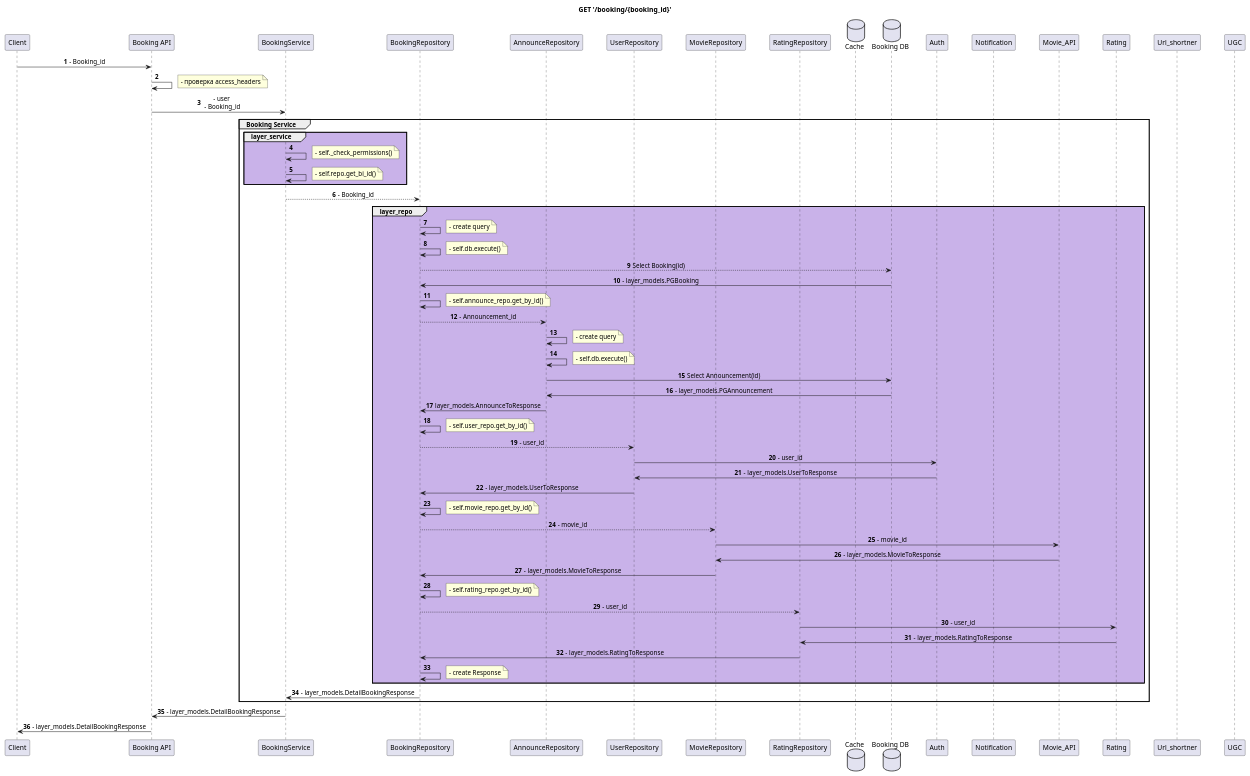
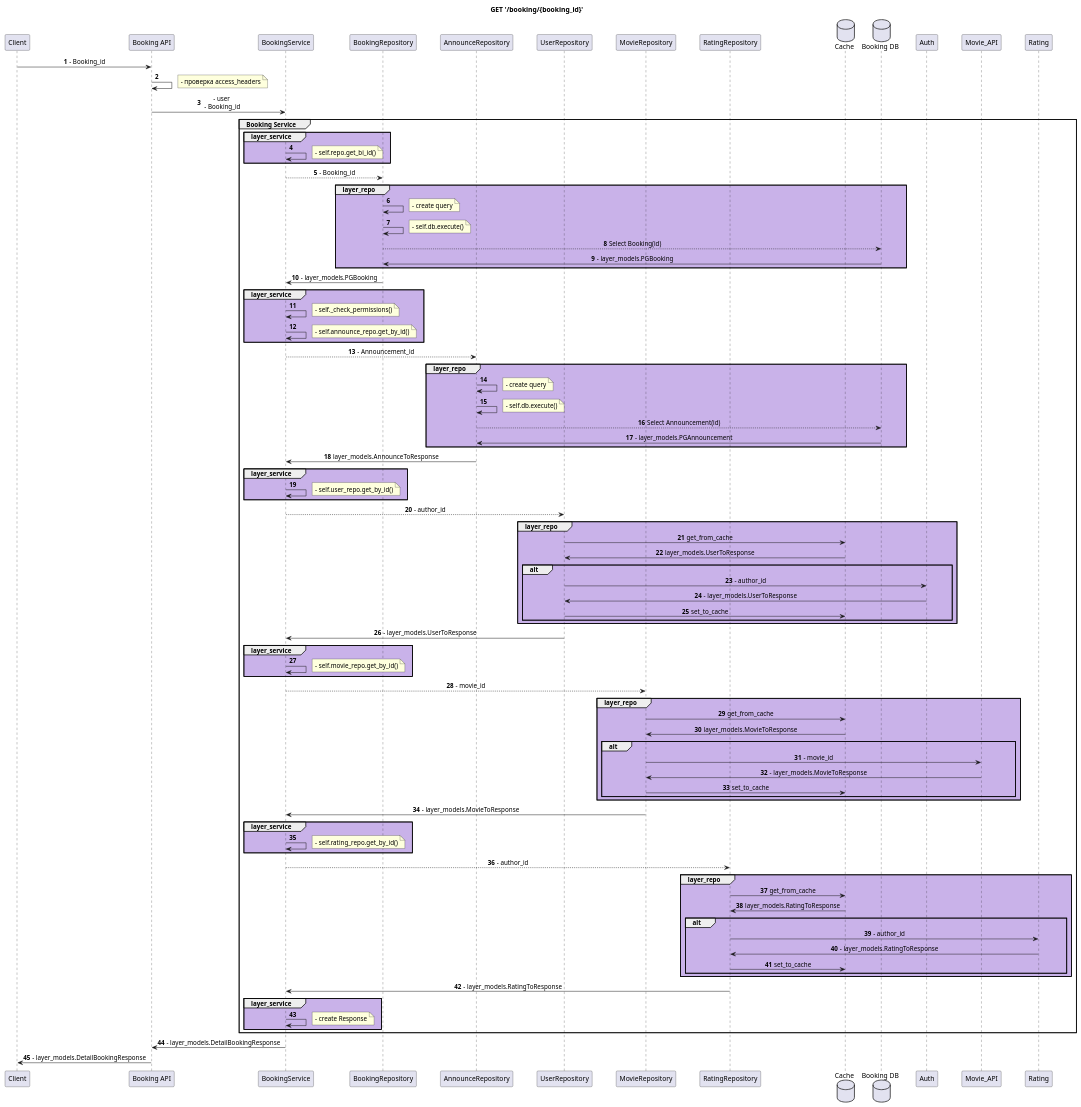
The diagram in docs/scheme/sequence_diagram/booking/get_one.puml (GA10v/booking_service), drawn with PlantUML before and after one commit. The commit also changed 7 other files, not shown here.

Commit message:
fix sequence_diagram

```diff
--- a/docs/scheme/sequence_diagram/booking/get_one.puml
+++ b/docs/scheme/sequence_diagram/booking/get_one.puml
@@ -1,128 +1,168 @@
 @startuml layers
 ' !theme materia
 autonumber
 skinparam sequence {
     ParticipantPadding 20
     MessageAlign center
 }
 
 title GET '/booking/{booking_id}'
 
 participant Client as Client
 participant "Booking API" as API
 participant "BookingService" as Service
 participant "BookingRepository" as BookingRepo
 participant "AnnounceRepository" as AnnounceRepo
 participant "UserRepository" as UserRepo
 participant "MovieRepository" as MovieRepo
 participant "RatingRepository" as RatingRepo
 database "Cache" as Cache_Service
 database "Booking DB" as DB_Booking
 participant DB_Booking
 participant Auth
-participant Notification
 participant Movie_API
 participant Rating
-participant Url_shortner
-participant UGC
+
 
 Client -> API: - Booking_id
 API -> API:
 note right
     - проверка access_headers
 end note
 API -> Service: - user\n - Booking_id
 
 group Booking Service
 
     group #C9B2E9 layer_service
-
-        Service -> Service
-        note right
-            - self._check_permissions()
-        end note
         Service -> Service
         note right
             - self.repo.get_bi_id()
         end note
-
         end group
 
         Service --> BookingRepo: - Booking_id
 
         group #C9B2E9 layer_repo
             BookingRepo -> BookingRepo
             note right
                 - create query
             end note
 
             BookingRepo -> BookingRepo
             note right
                 - self.db.execute()
             end note
 
             BookingRepo --> DB_Booking: Select Booking(id)
             DB_Booking -> BookingRepo: - layer_models.PGBooking
-
-            BookingRepo -> BookingRepo
-            note right
-                - self.announce_repo.get_by_id()
-            end note
-            BookingRepo --> AnnounceRepo: - Announcement_id
-
-            AnnounceRepo -> AnnounceRepo
-            note right
-                - create query
-            end note
-
-            AnnounceRepo -> AnnounceRepo
-            note right
-                - self.db.execute()
-            end note
-
-            AnnounceRepo -> DB_Booking: Select Announcement(id)
-            DB_Booking -> AnnounceRepo: - layer_models.PGAnnouncement
-
-            AnnounceRepo -> BookingRepo: layer_models.AnnounceToResponse
-
-            BookingRepo -> BookingRepo
-            note right
-                - self.user_repo.get_by_id()
-            end note
-            BookingRepo --> UserRepo: - user_id
-            UserRepo -> Auth: - user_id
-            Auth -> UserRepo: - layer_models.UserToResponse
-            UserRepo -> BookingRepo: - layer_models.UserToResponse
-
-            BookingRepo -> BookingRepo
-            note right
-                - self.movie_repo.get_by_id()
-            end note
-            BookingRepo --> MovieRepo: - movie_id
-            MovieRepo -> Movie_API: - movie_id
-            Movie_API -> MovieRepo: - layer_models.MovieToResponse
-            MovieRepo -> BookingRepo: - layer_models.MovieToResponse
-
-            BookingRepo -> BookingRepo
-            note right
-                - self.rating_repo.get_by_id()
-            end note
-            BookingRepo --> RatingRepo: - user_id
-            RatingRepo -> Rating: - user_id
-            Rating -> RatingRepo: - layer_models.RatingToResponse
-            RatingRepo -> BookingRepo: - layer_models.RatingToResponse
-
-            BookingRepo -> BookingRepo
-            note right
-                - create Response
-            end note
-
             end group
 
-            BookingRepo -> Service: - layer_models.DetailBookingResponse
-            end group
+            BookingRepo -> Service: - layer_models.PGBooking
 
-            Service -> API: - layer_models.DetailBookingResponse
+            group #C9B2E9 layer_service
+            Service -> Service
+                note right
+                    - self._check_permissions()
+                end note
+                Service -> Service
+                note right
+                    - self.announce_repo.get_by_id()
+                end note
+                end group
 
-            API -> Client: - layer_models.DetailBookingResponse
-            @enduml
+                Service --> AnnounceRepo: - Announcement_id
+
+                group #C9B2E9 layer_repo
+                    AnnounceRepo -> AnnounceRepo
+                    note right
+                        - create query
+                    end note
+
+                    AnnounceRepo -> AnnounceRepo
+                    note right
+                        - self.db.execute()
+                    end note
+
+                    AnnounceRepo --> DB_Booking: Select Announcement(id)
+                    DB_Booking -> AnnounceRepo: - layer_models.PGAnnouncement
+                    end group
+
+                    AnnounceRepo -> Service: layer_models.AnnounceToResponse
+
+                    group #C9B2E9 layer_service
+                        Service -> Service
+                        note right
+                            - self.user_repo.get_by_id()
+                        end note
+                        end group
+
+                        Service --> UserRepo: - author_id
+
+                        group #C9B2E9 layer_repo
+                            UserRepo -> Cache_Service: get_from_cache
+                            Cache_Service -> UserRepo: layer_models.UserToResponse
+
+                            group alt
+                                UserRepo -> Auth: - author_id
+                                Auth -> UserRepo: - layer_models.UserToResponse
+                                UserRepo -> Cache_Service: set_to_cache
+                                end group
+                                end group
+
+                                UserRepo -> Service: - layer_models.UserToResponse
+
+                                group #C9B2E9 layer_service
+                                    Service -> Service
+                                    note right
+                                        - self.movie_repo.get_by_id()
+                                    end note
+                                    end group
+
+                                    Service --> MovieRepo: - movie_id
+
+                                    group #C9B2E9 layer_repo
+                                        MovieRepo -> Cache_Service: get_from_cache
+                                        Cache_Service -> MovieRepo: layer_models.MovieToResponse
+                                        group alt
+                                            MovieRepo -> Movie_API: - movie_id
+                                            Movie_API -> MovieRepo: - layer_models.MovieToResponse
+                                            MovieRepo -> Cache_Service: set_to_cache
+                                            end group
+                                            end group
+
+                                            MovieRepo -> Service: - layer_models.MovieToResponse
+
+                                            group #C9B2E9 layer_service
+                                                Service -> Service
+                                                note right
+                                                    - self.rating_repo.get_by_id()
+                                                end note
+                                                end group
+
+                                                Service --> RatingRepo: - author_id
+
+                                                group #C9B2E9 layer_repo
+                                                    RatingRepo -> Cache_Service: get_from_cache
+                                                    Cache_Service -> RatingRepo: layer_models.RatingToResponse
+                                                    group alt
+                                                        RatingRepo -> Rating: - author_id
+                                                        Rating -> RatingRepo: - layer_models.RatingToResponse
+                                                        RatingRepo -> Cache_Service: set_to_cache
+                                                        end group
+                                                        end group
+
+                                                        RatingRepo -> Service: - layer_models.RatingToResponse
+
+                                                        group #C9B2E9 layer_service
+                                                            Service -> Service
+                                                            note right
+                                                                - create Response
+                                                            end note
+
+                                                            end group
+                                                            end group
+
+                                                            Service -> API: - layer_models.DetailBookingResponse
+
+                                                            API -> Client: - layer_models.DetailBookingResponse
+                                                            @enduml
```
